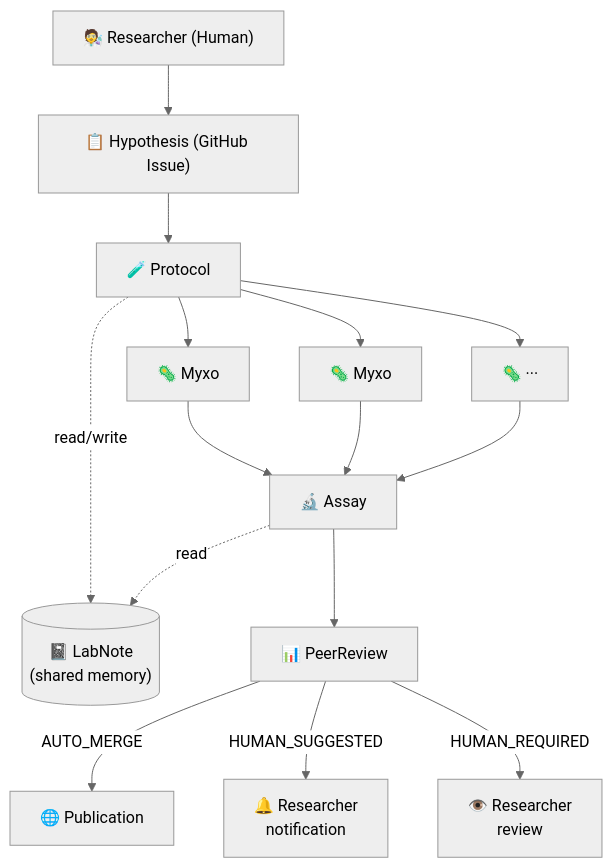
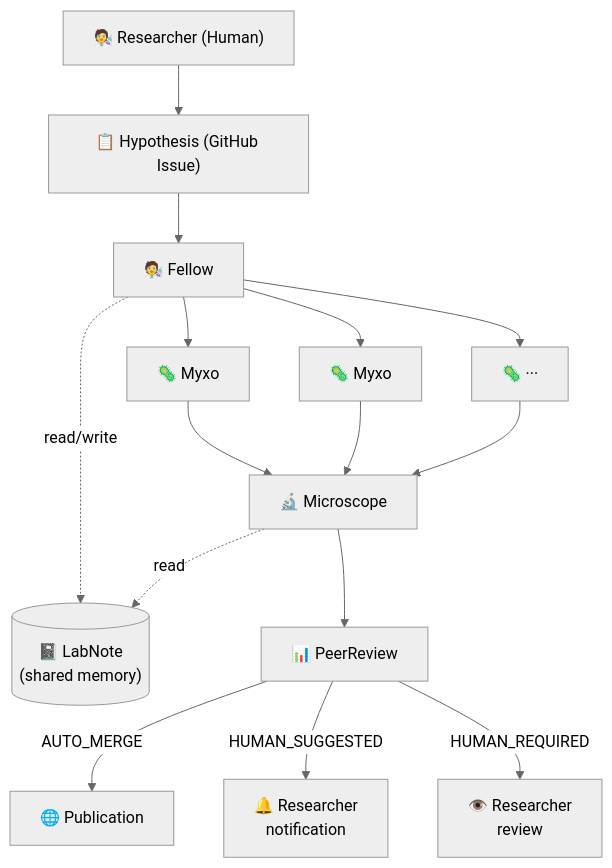
The first of 2 diagrams in README.md (June3141/myxo-lab), drawn with Mermaid (neutral theme) before and after one commit. The commit also changed other lines of this file and 2 other files, not shown here.

````diff
--- a/README.md
+++ b/README.md
@@ -66,26 +81,26 @@
 ```mermaid
 flowchart TD
     R["🧑‍🔬 Researcher (Human)"]
     H["📋 Hypothesis (GitHub Issue)"]
-    P["🧪 Protocol"]
+    P["🧑‍🔬 Fellow"]
     LN[("📓 LabNote\n(shared memory)")]
     P1["🦠 Myxo"]
     P2["🦠 Myxo"]
     P3["🦠 ···"]
-    A["🔬 Assay"]
+    A["🔬 Microscope"]
     PR["📊 PeerReview"]
     PUB["🌐 Publication"]
     RN["🔔 Researcher\nnotification"]
     RR["👁️ Researcher\nreview"]
 
     R --> H --> P
     P --> P1 & P2 & P3
     P1 & P2 & P3 --> A
     A --> PR
     P -.->|read/write| LN
     A -.->|read| LN
 
     PR -->|AUTO_MERGE| PUB
     PR -->|HUMAN_SUGGESTED| RN
     PR -->|HUMAN_REQUIRED| RR
 ```
````
